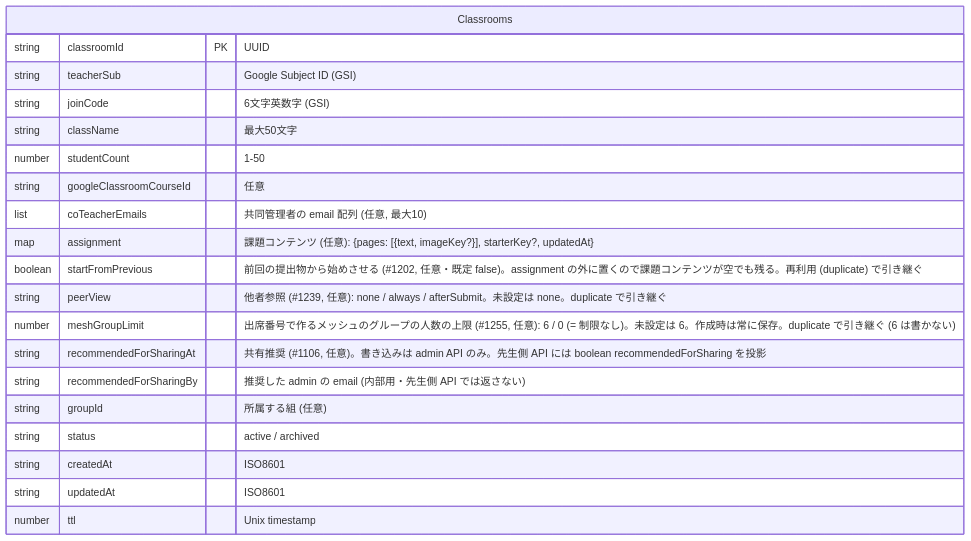
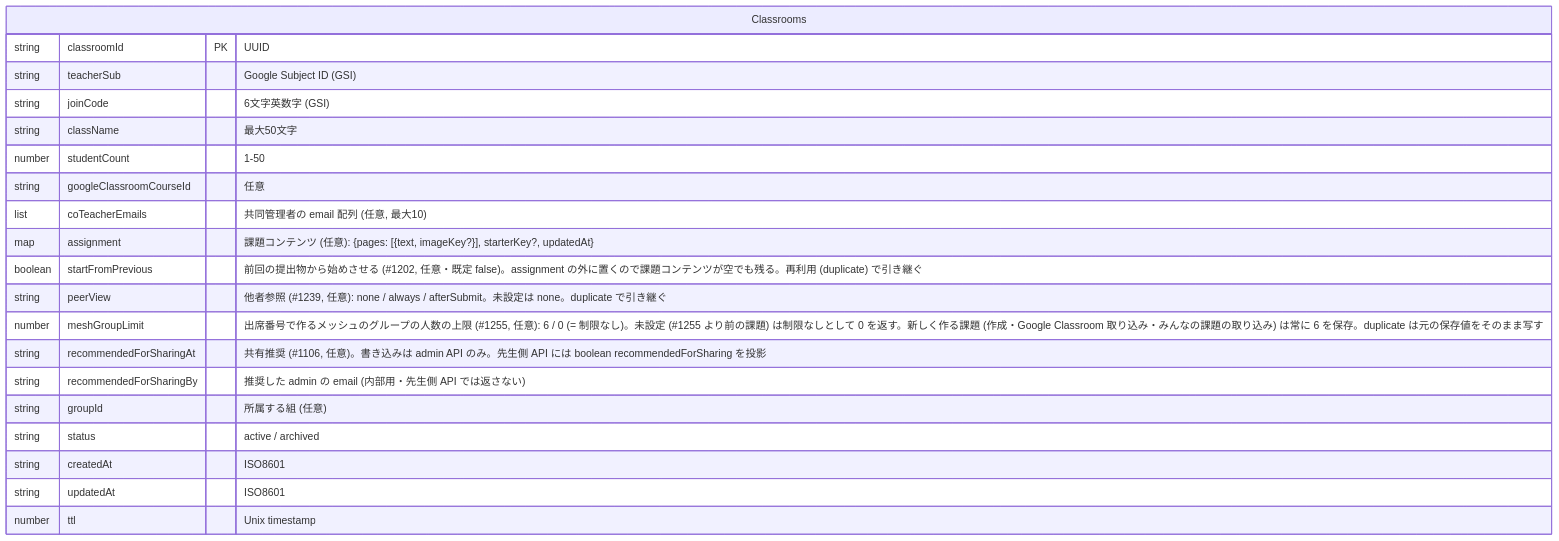
One commit to smalruby/smalruby3-editor changed the third of 8 diagrams in docs/classroom/architecture.md. Above: the diagram before and after it, drawn with Mermaid. The commit also changed other lines of this file and 4 other files, not shown here.

First line of the commit message:
fix(classroom): treat an unset meshGroupLimit as no limit

````diff
--- a/docs/classroom/architecture.md
+++ b/docs/classroom/architecture.md
@@ -322,23 +322,23 @@
 ```mermaid
 erDiagram
     Classrooms {
         string classroomId PK "UUID"
         string teacherSub "Google Subject ID (GSI)"
         string joinCode "6文字英数字 (GSI)"
         string className "最大50文字"
         number studentCount "1-50"
         string googleClassroomCourseId "任意"
         list coTeacherEmails "共同管理者の email 配列 (任意, 最大10)"
         map assignment "課題コンテンツ (任意): {pages: [{text, imageKey?}], starterKey?, updatedAt}"
         boolean startFromPrevious "前回の提出物から始めさせる (#1202, 任意・既定 false)。assignment の外に置くので課題コンテンツが空でも残る。再利用 (duplicate) で引き継ぐ"
         string peerView "他者参照 (#1239, 任意): none / always / afterSubmit。未設定は none。duplicate で引き継ぐ"
-        number meshGroupLimit "出席番号で作るメッシュのグループの人数の上限 (#1255, 任意): 6 / 0 (= 制限なし)。未設定は 6。作成時は常に保存。duplicate で引き継ぐ (6 は書かない)"
+        number meshGroupLimit "出席番号で作るメッシュのグループの人数の上限 (#1255, 任意): 6 / 0 (= 制限なし)。未設定 (#1255 より前の課題) は制限なしとして 0 を返す。新しく作る課題 (作成・Google Classroom 取り込み・みんなの課題の取り込み) は常に 6 を保存。duplicate は元の保存値をそのまま写す"
         string recommendedForSharingAt "共有推奨 (#1106, 任意)。書き込みは admin API のみ。先生側 API には boolean recommendedForSharing を投影"
         string recommendedForSharingBy "推奨した admin の email (内部用・先生側 API では返さない)"
         string groupId "所属する組 (任意)"
         string status "active / archived"
         string createdAt "ISO8601"
         string updatedAt "ISO8601"
         number ttl "Unix timestamp"
     }
 ```
````
